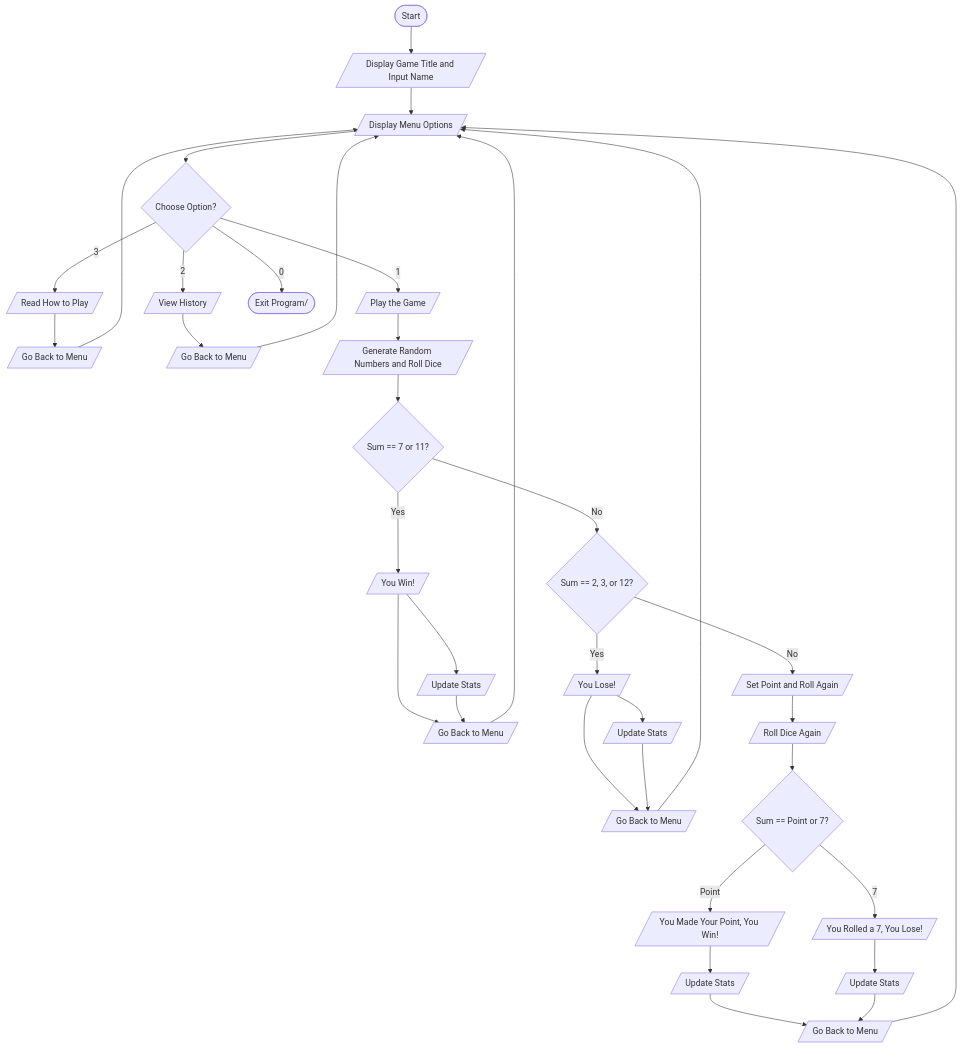
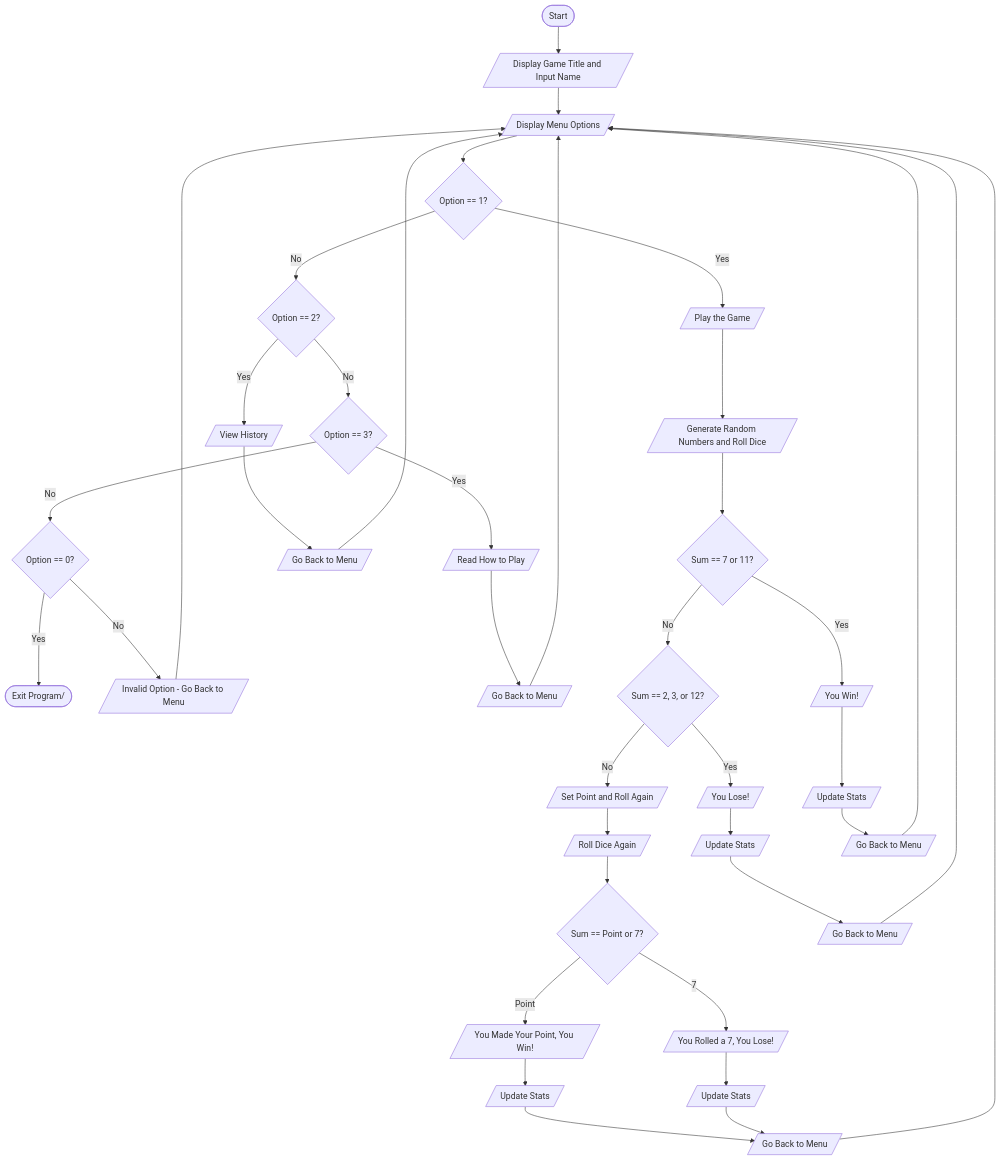
The diagram in Craps_Dice_Game/dice crap.md (SWEG-2016EC-Batch/The-5-Bits), drawn with Mermaid before and after one commit.

Commit message:
Update dice crap.md

````diff
--- a/Craps_Dice_Game/dice crap.md
+++ b/Craps_Dice_Game/dice crap.md
@@ -1,48 +1,55 @@
 ```mermaid
+
 
 flowchart TD
     start([Start]) --> title[/Display Game Title and Input Name/]
     title --> menuOptions[/Display Menu Options/]
-    menuOptions --> menuDecision{Choose Option?}
     
-    menuDecision -->|1| playGame[/Play the Game/]
-    menuDecision -->|2| viewHistory[/View History/]
-    menuDecision -->|3| howToPlay[/Read How to Play/]
-    menuDecision -->|0| exit([Exit Program/])
+    menuOptions --> checkOption1{Option == 1?}
+    checkOption1 -->|Yes| playGame[/Play the Game/]
+    checkOption1 -->|No| checkOption2{Option == 2?}
+    
+    checkOption2 -->|Yes| viewHistory[/View History/]
+    checkOption2 -->|No| checkOption3{Option == 3?}
+    
+    checkOption3 -->|Yes| howToPlay[/Read How to Play/]
+    checkOption3 -->|No| checkOption4{Option == 0?}
+    
+    checkOption4 -->|Yes| exit([Exit Program/])
+    checkOption4 -->|No| invalidOption[/Invalid Option - Go Back to Menu/]
     
     howToPlay --> backToMenu1[/Go Back to Menu/]
     backToMenu1 --> menuOptions
     
     viewHistory --> backToMenu2[/Go Back to Menu/]
     backToMenu2 --> menuOptions
     
     playGame --> rollDice[/Generate Random Numbers and Roll Dice/]
     rollDice --> checkSum1{Sum == 7 or 11?}
     checkSum1 -->|Yes| win1[/You Win!/]
-    win1 --> updateStats1[/Update Stats/]
-    win1 --> backToMenu3[/Go Back to Menu/]
-    updateStats1 --> backToMenu3
-    backToMenu3 --> menuOptions
+    checkSum1 -->|No| checkSum2{Sum == 2, 3, or 12?}
     
-    checkSum1 -->|No| checkSum2{Sum == 2, 3, or 12?}
     checkSum2 -->|Yes| lose1[/You Lose!/]
-    lose1 --> updateStats2[/Update Stats/]
-    lose1 --> backToMenu4[/Go Back to Menu/]
-    updateStats2 --> backToMenu4
-    backToMenu4 --> menuOptions
+    checkSum2 -->|No| setPoint[/Set Point and Roll Again/]
     
-    checkSum2 -->|No| setPoint[/Set Point and Roll Again/]
     setPoint --> rollAgain[/Roll Dice Again/]
     rollAgain --> checkPoint{Sum == Point or 7?}
+    
     checkPoint -->|Point| win2[/You Made Your Point, You Win!/]
     checkPoint -->|7| lose2[/You Rolled a 7, You Lose!/]
     
+    win1 --> updateStats1[/Update Stats/]
+    lose1 --> updateStats2[/Update Stats/]
     win2 --> updateStats3[/Update Stats/]
     lose2 --> updateStats4[/Update Stats/]
     
+    updateStats1 --> backToMenu3[/Go Back to Menu/]
+    updateStats2 --> backToMenu4[/Go Back to Menu/]
     updateStats3 --> backToMenu5[/Go Back to Menu/]
     updateStats4 --> backToMenu5
+    backToMenu3 --> menuOptions
+    backToMenu4 --> menuOptions
     backToMenu5 --> menuOptions
-
-
+    
+    invalidOption --> menuOptions
 ```
````
